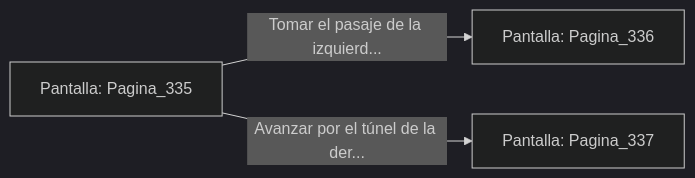
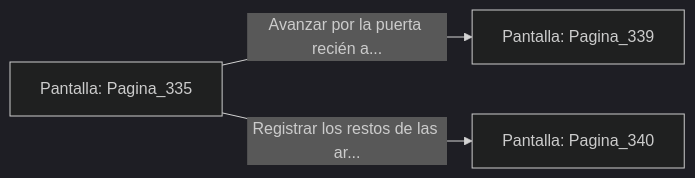
One commit to metsuke/mpl changed the diagram in sample/eligejuego-vault/Pantalla_Pagina_335.md. Above: the diagram before and after it, drawn with Mermaid (dark theme). The commit also changed other lines of this file and 635 other files, not shown here.

First line of the commit message:
fix: añadir Pagina_1 como pantalla inicial en capitulo_01.mpl

````diff
--- a/sample/eligejuego-vault/Pantalla_Pagina_335.md
+++ b/sample/eligejuego-vault/Pantalla_Pagina_335.md
@@ -20,6 +24,6 @@
 ```mermaid
 graph LR
     P_Pagina_335["Pantalla: Pagina_335"]
-    P_Pagina_335 -->|"Tomar el pasaje de la izquierd..."| P_Pagina_336["Pantalla: Pagina_336"]
-    P_Pagina_335 -->|"Avanzar por el túnel de la der..."| P_Pagina_337["Pantalla: Pagina_337"]
+    P_Pagina_335 -->|"Avanzar por la puerta recién a..."| P_Pagina_339["Pantalla: Pagina_339"]
+    P_Pagina_335 -->|"Registrar los restos de las ar..."| P_Pagina_340["Pantalla: Pagina_340"]
 ```
````
